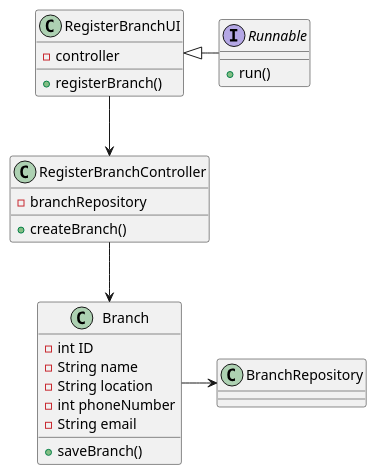
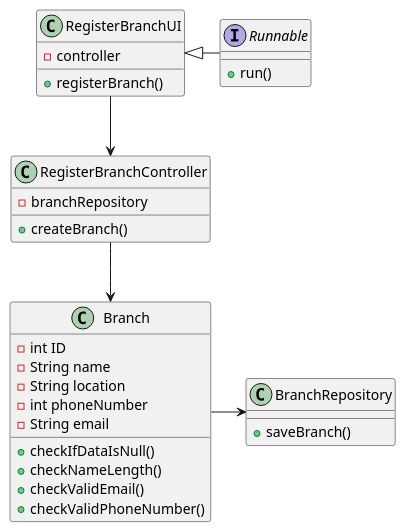
The diagram in docs/sprintB/US005/03.design/puml/US005_CD.puml (tiagohcorreia/LAPR2), drawn with PlantUML before and after one commit. The commit also changed 2 other files, not shown here.

```diff
--- a/docs/sprintB/US005/03.design/puml/US005_CD.puml
+++ b/docs/sprintB/US005/03.design/puml/US005_CD.puml
@@ -1,46 +1,52 @@
 @startuml
 
 class Branch {
 
     - int ID
     - String name
     - String location
     - int phoneNumber
     - String email
 
-    + saveBranch()
+
+    + checkIfDataIsNull()
+    + checkNameLength()
+    + checkValidEmail()
+    + checkValidPhoneNumber()
+
+
 
 }
 
 class RegisterBranchUI {
 
     - controller
     + registerBranch()
 
 }
 
 class RegisterBranchController {
 
     - branchRepository
     + createBranch()
 }
 
 class BranchRepository {
 
-
+    + saveBranch()
 }
 
 
 
 
 Interface Runnable {
     + run()
 }
 
 Runnable -left-|> RegisterBranchUI
 RegisterBranchUI --> RegisterBranchController
 RegisterBranchController --> Branch
 Branch -right-> BranchRepository
 
 
 @enduml
```
